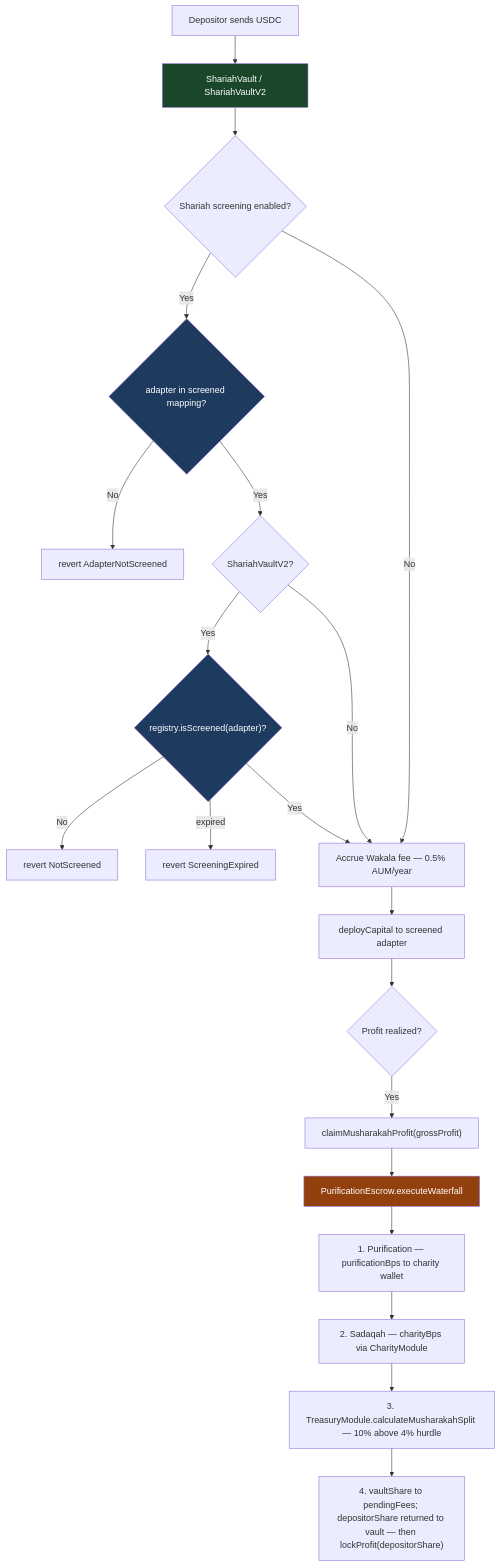
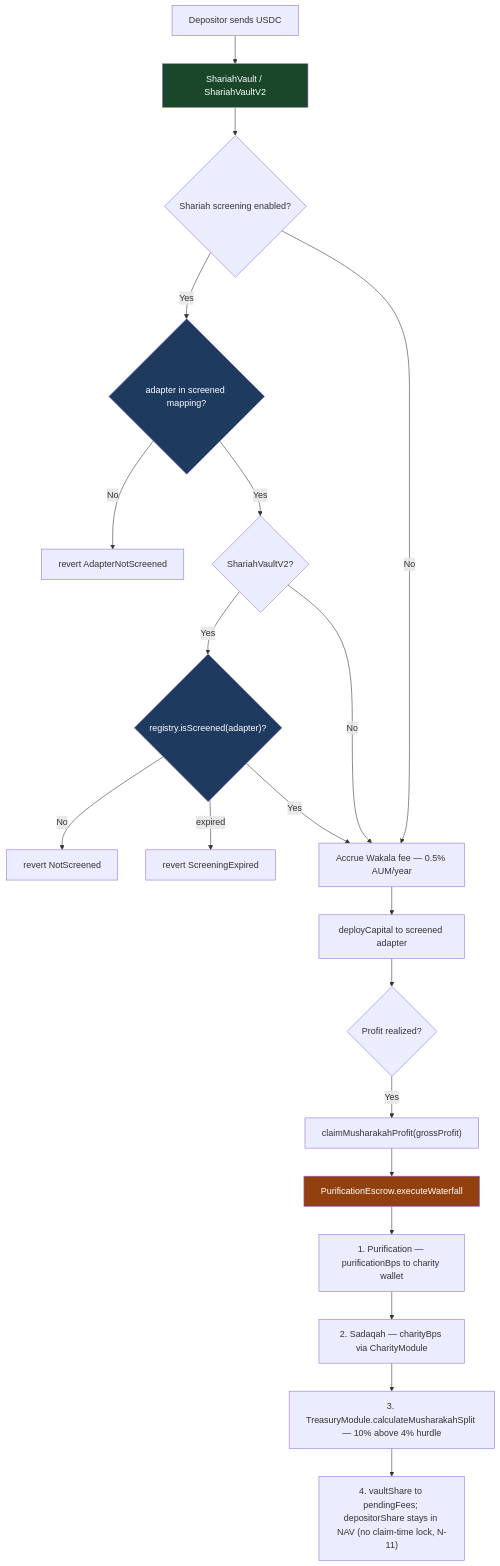
The eighth of 10 diagrams in README.md (0xhaz/DefiVault-Finance), drawn with Mermaid before and after one commit. The commit also changed other lines of this file and 8 other files, not shown here.

````diff
--- a/README.md
+++ b/README.md
@@ -597,30 +599,30 @@
 ```mermaid
 flowchart TD
     D[Depositor sends USDC] --> SV[ShariahVault / ShariahVaultV2]
 
     SV --> SC{Shariah screening enabled?}
     SC -- Yes --> CH{adapter in screened mapping?}
     CH -- No --> REV[revert AdapterNotScreened]
     CH -- Yes --> V2{ShariahVaultV2?}
     V2 -- Yes --> RG{"registry.isScreened(adapter)?"}
     RG -- No --> RNS[revert NotScreened]
     RG -- expired --> RSE[revert ScreeningExpired]
     RG -- Yes --> WF
     V2 -- No --> WF
     SC -- No --> WF["Accrue Wakala fee — 0.5% AUM/year"]
 
     WF --> DC[deployCapital to screened adapter]
 
     DC --> PROFIT{Profit realized?}
     PROFIT -- Yes --> CMC["claimMusharakahProfit(grossProfit)"]
     CMC --> PE["PurificationEscrow.executeWaterfall"]
     PE --> PUR["1. Purification — purificationBps to charity wallet"]
     PUR --> SAD["2. Sadaqah — charityBps via CharityModule"]
     SAD --> MS["3. TreasuryModule.calculateMusharakahSplit — 10% above 4% hurdle"]
-    MS --> RP["4. vaultShare to pendingFees; depositorShare returned to vault — then lockProfit(depositorShare)"]
+    MS --> RP["4. vaultShare to pendingFees; depositorShare stays in NAV (no claim-time lock, N-11)"]
 
     style SV fill:#1a472a,color:#fff
     style PE fill:#92400e,color:#fff
     style CH fill:#1e3a5f,color:#fff
     style RG fill:#1e3a5f,color:#fff
 ```
````
